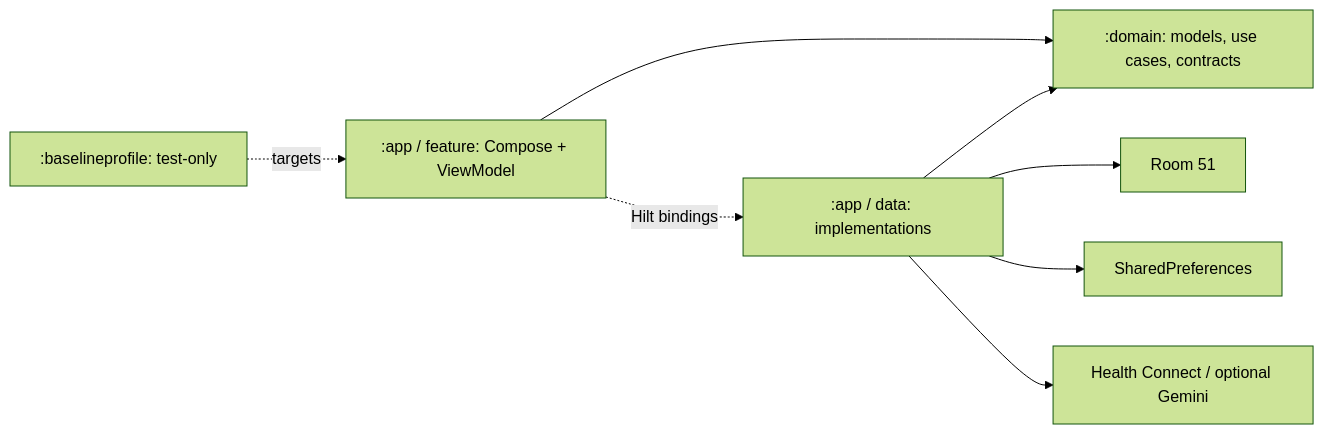
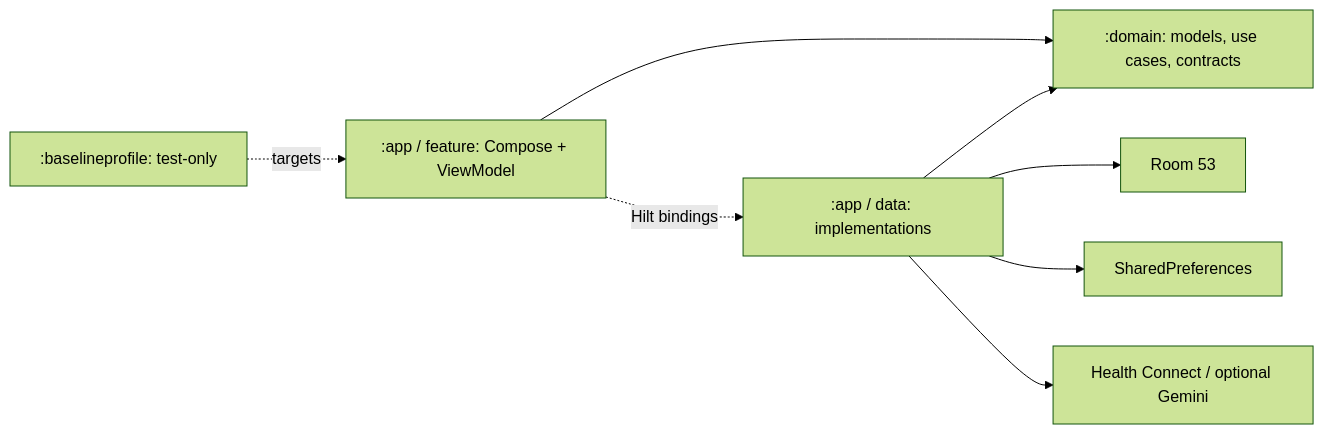
Before and after one commit to IhorBuhaichuk/TheSystemApp: the diagram in GRAPH_REPORT.md, drawn with Mermaid (forest theme). The commit also changed other lines of this file and 428 other files, not shown here.

````diff
--- a/GRAPH_REPORT.md
+++ b/GRAPH_REPORT.md
@@ -24,10 +29,10 @@
 ```mermaid
 flowchart LR
   UI[":app / feature: Compose + ViewModel"] --> D[":domain: models, use cases, contracts"]
   DATA[":app / data: implementations"] --> D
   UI -. "Hilt bindings" .-> DATA
-  DATA --> ROOM["Room 51"]
+  DATA --> ROOM["Room 53"]
   DATA --> PREF["SharedPreferences"]
   DATA --> EXT["Health Connect / optional Gemini"]
   BP[":baselineprofile: test-only"] -. "targets" .-> UI
 ```
````
